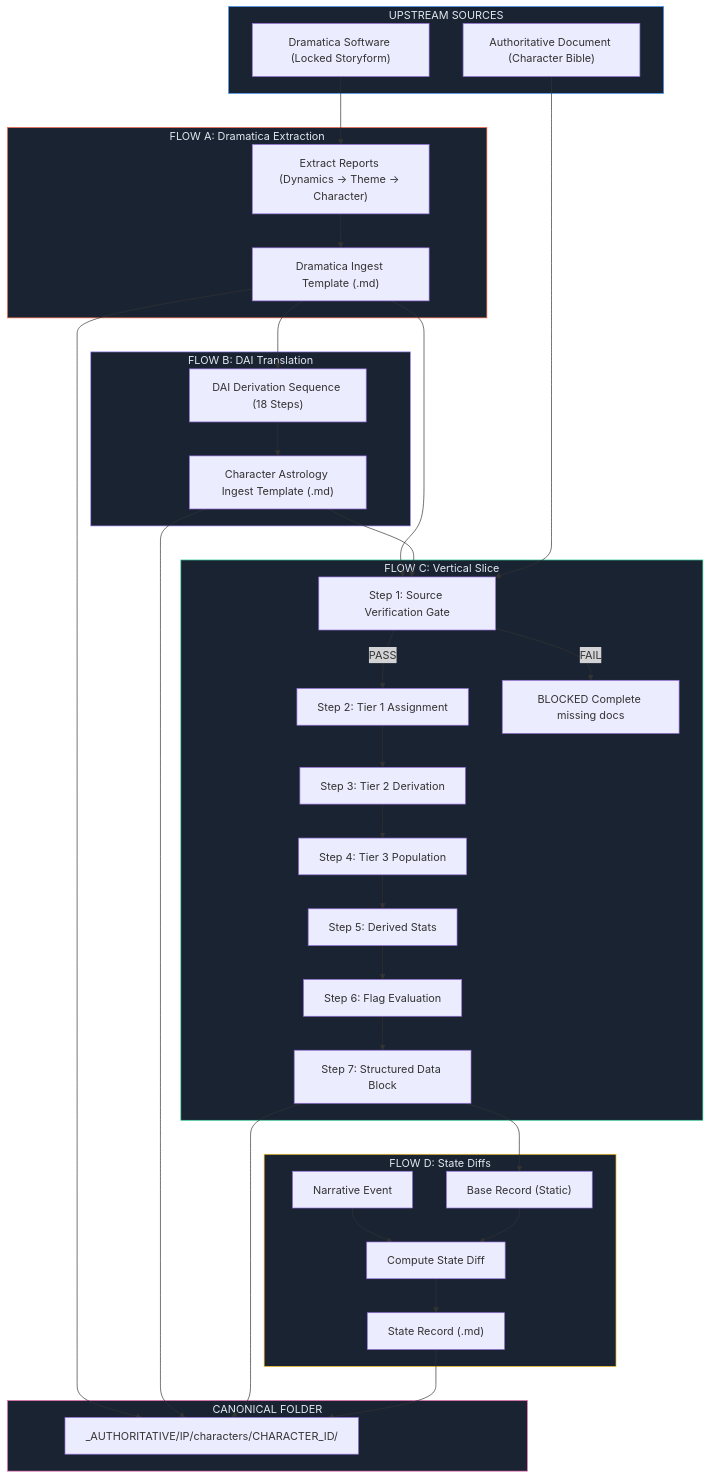
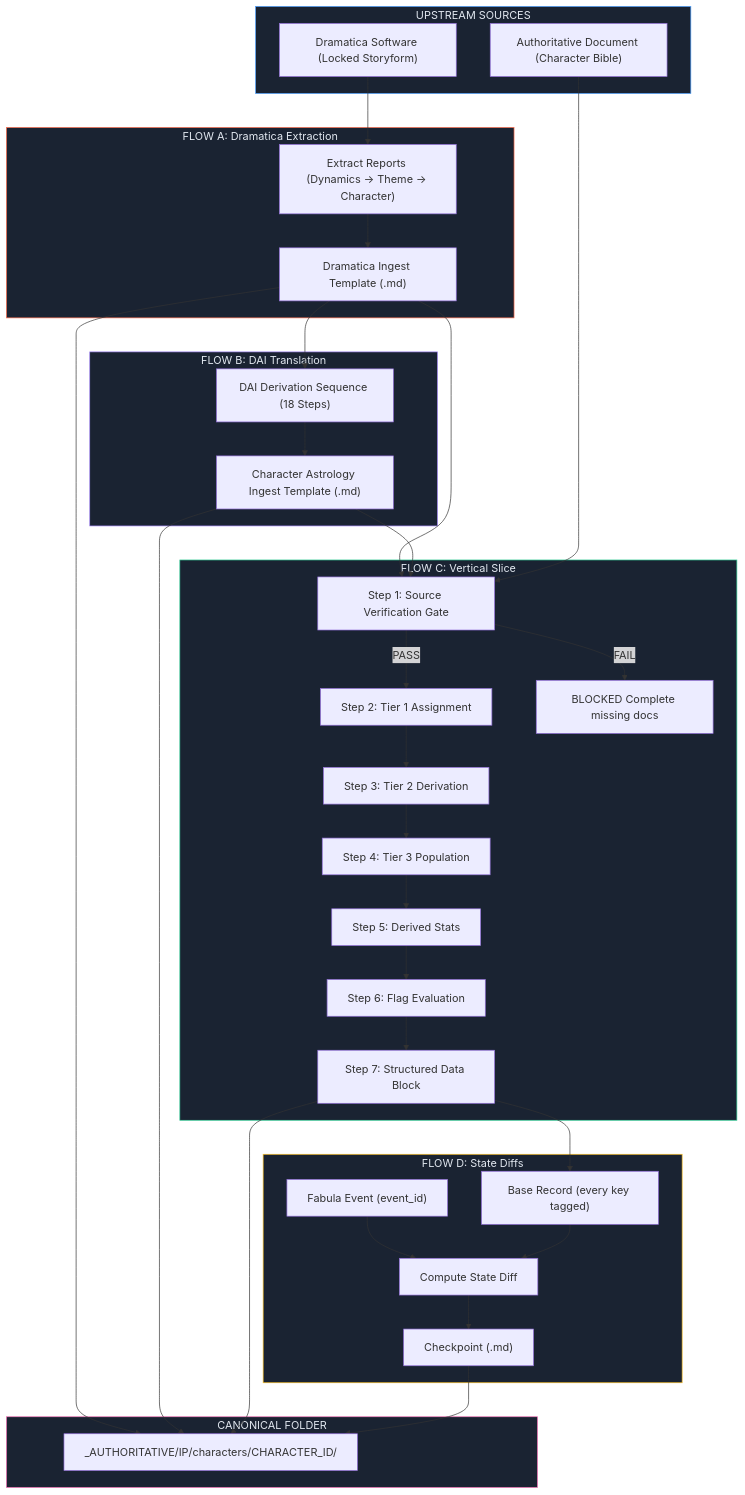
One commit to leechseed/_setsunadev changed the first of 6 diagrams in ShroomsQ/_CANON/_SSOT/00_EPISTEMOLOGY/📐 ssot_00_process_illustration_character_pipeline.md. Above: the diagram before and after it, drawn with Mermaid. The commit also changed other lines of this file and 11 other files, not shown here.

````diff
--- a/ShroomsQ/_CANON/_SSOT/00_EPISTEMOLOGY/📐 ssot_00_process_illustration_character_pipeline.md
+++ b/ShroomsQ/_CANON/_SSOT/00_EPISTEMOLOGY/📐 ssot_00_process_illustration_character_pipeline.md
@@ -51,51 +65,51 @@
 ```mermaid
 flowchart TD
     subgraph UPSTREAM["UPSTREAM SOURCES"]
         DRM["Dramatica Software (Locked Storyform)"]
         AUTH["Authoritative Document (Character Bible)"]
     end
 
     subgraph FLOW_A["FLOW A: Dramatica Extraction"]
         DRM --> RPT["Extract Reports (Dynamics → Theme → Character)"]
         RPT --> DIT["Dramatica Ingest Template (.md)"]
     end
 
     subgraph FLOW_B["FLOW B: DAI Translation"]
         DIT --> DAI["DAI Derivation Sequence (18 Steps)"]
         DAI --> AIT["Character Astrology Ingest Template (.md)"]
     end
 
     subgraph FLOW_C["FLOW C: Vertical Slice"]
         DIT --> SV1["Step 1: Source Verification Gate"]
         AIT --> SV1
         AUTH --> SV1
         SV1 --> |PASS| T1["Step 2: Tier 1 Assignment"]
         SV1 --> |FAIL| BLOCK["BLOCKED Complete missing docs"]
         T1 --> T2["Step 3: Tier 2 Derivation"]
         T2 --> T3["Step 4: Tier 3 Population"]
         T3 --> DS["Step 5: Derived Stats"]
         DS --> FL["Step 6: Flag Evaluation"]
         FL --> SDB["Step 7: Structured Data Block"]
     end
 
     subgraph FLOW_D["FLOW D: State Diffs"]
-        SDB --> BASE["Base Record (Static)"]
-        EVT["Narrative Event"] --> DIFF["Compute State Diff"]
+        SDB --> BASE["Base Record (every key tagged)"]
+        EVT["Fabula Event (event_id)"] --> DIFF["Compute State Diff"]
         BASE --> DIFF
-        DIFF --> STATE["State Record (.md)"]
+        DIFF --> STATE["Checkpoint (.md)"]
     end
 
     subgraph OUTPUT["CANONICAL FOLDER"]
         DIT --> FOLDER["_AUTHORITATIVE/IP/characters/CHARACTER_ID/"]
         AIT --> FOLDER
         SDB --> FOLDER
         STATE --> FOLDER
     end
 
     style UPSTREAM fill:#1a2332,stroke:#4a9eff,color:#e2e8f0
     style FLOW_A fill:#1a2332,stroke:#ff6b4a,color:#e2e8f0
     style FLOW_B fill:#1a2332,stroke:#a78bfa,color:#e2e8f0
     style FLOW_C fill:#1a2332,stroke:#34d399,color:#e2e8f0
     style FLOW_D fill:#1a2332,stroke:#fbbf24,color:#e2e8f0
     style OUTPUT fill:#1a2332,stroke:#f472b6,color:#e2e8f0
 ```
````
